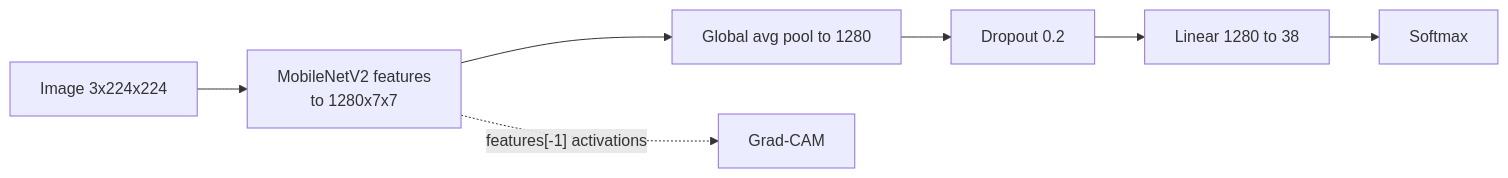
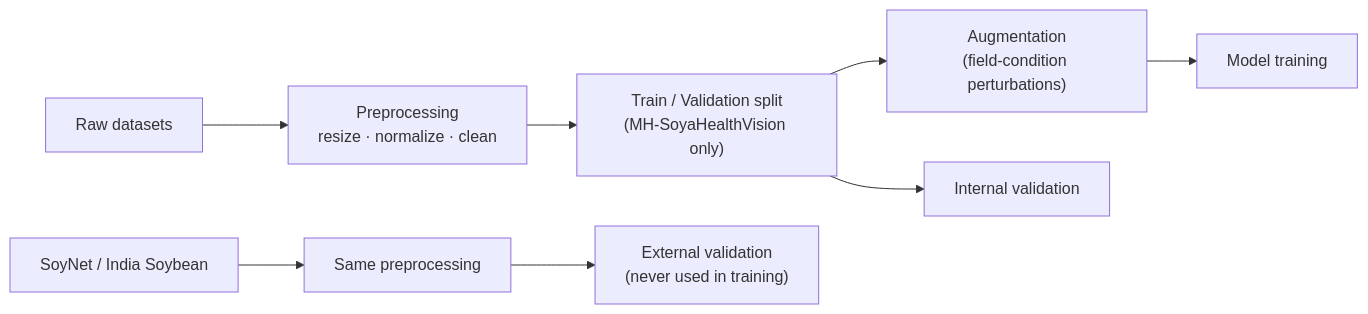
The second of 11 diagrams in ARCHITECTURE.md (keshavsukhija9/CropDiseaseXAI_Azure_Cloud_Project_2026), drawn with Mermaid before and after one commit. The commit also changed other lines of this file, not shown here.

Commit message:
Updated Architecture of project

````diff
--- a/ARCHITECTURE.md
+++ b/ARCHITECTURE.md
@@ -198,9 +152,10 @@
 ```mermaid
 flowchart LR
-    X["Image 3x224x224"] --> F["MobileNetV2 features<br/>to 1280x7x7"]
-    F --> P["Global avg pool to 1280"]
-    P --> D["Dropout 0.2"]
-    D --> L["Linear 1280 to 38"]
-    L --> S["Softmax"]
-    F -.->|"features[-1] activations"| G["Grad-CAM"]
+    RAW["Raw datasets"] --> PRE["Preprocessing<br/>resize · normalize · clean"]
+    PRE --> SPLIT["Train / Validation split<br/>(MH-SoyaHealthVision only)"]
+    SPLIT --> AUG["Augmentation<br/>(field-condition perturbations)"]
+    AUG --> TRAIN["Model training"]
+    SPLIT --> VAL["Internal validation"]
+    EXTRAW["SoyNet / India Soybean"] --> PREX["Same preprocessing"]
+    PREX --> EXTVAL["External validation<br/>(never used in training)"]
 ```
````
